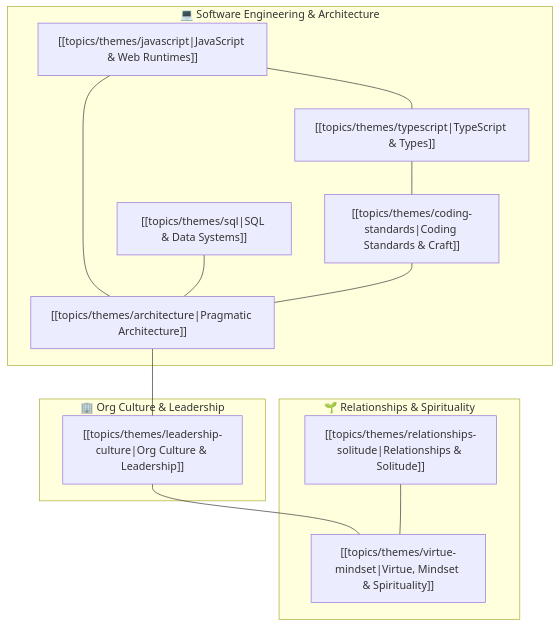
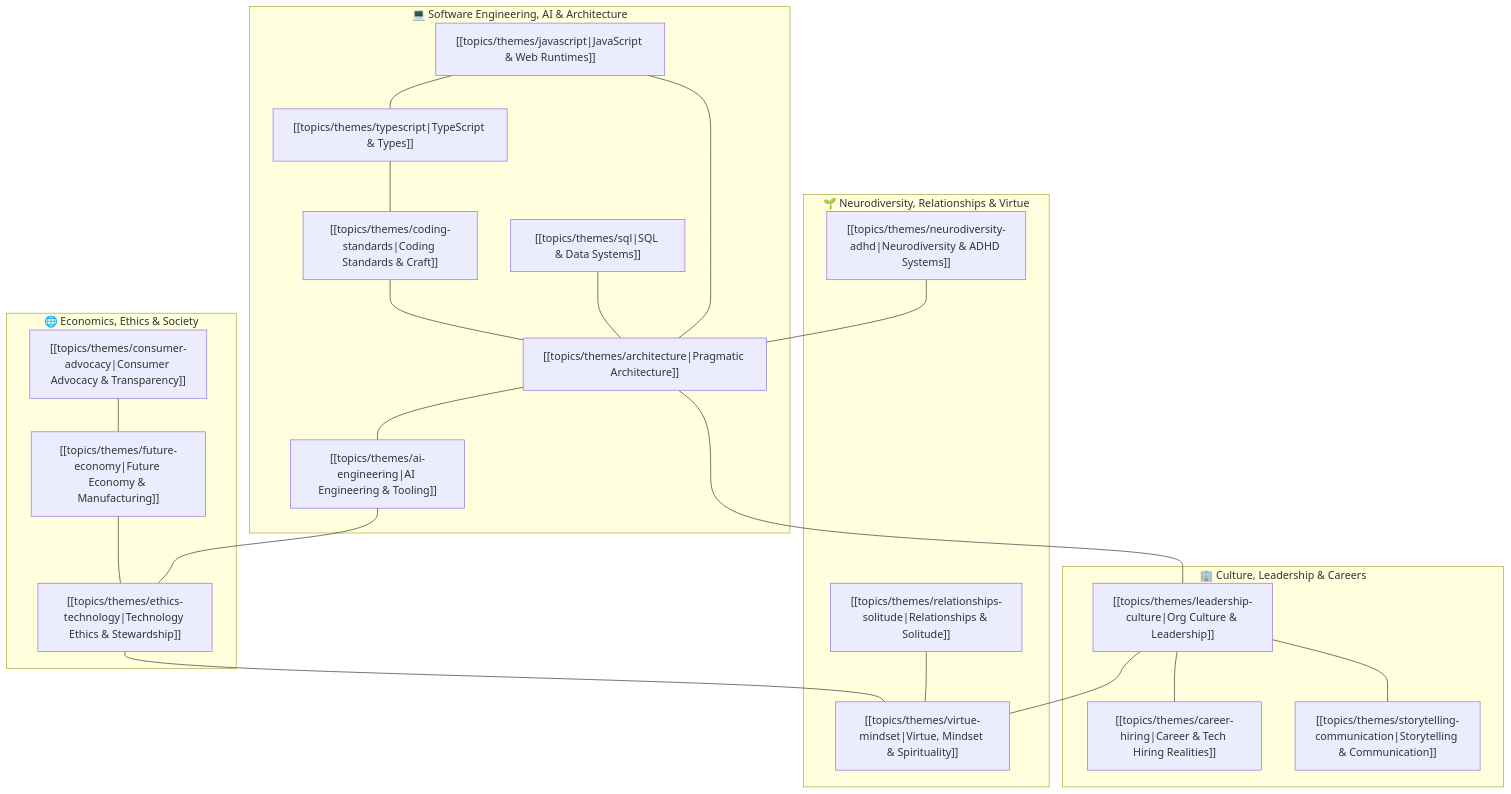
The diagram in topics/themes.md (cstroliadavis/social-media-ideas), drawn with Mermaid before and after one commit. The commit also changed other lines of this file and 102 other files, not shown here.

First line of the commit message:
feat(topics): add 86 topic stubs across 12 series and 7 new themes

````diff
--- a/topics/themes.md
+++ b/topics/themes.md
@@ -20,29 +20,47 @@
 ```mermaid
 graph TB
-    subgraph TECH["💻 Software Engineering & Architecture"]
+    subgraph TECH["💻 Software Engineering, AI & Architecture"]
         JS["[[topics/themes/javascript|JavaScript & Web Runtimes]]"]
         TS["[[topics/themes/typescript|TypeScript & Types]]"]
         SQL["[[topics/themes/sql|SQL & Data Systems]]"]
         STANDARDS["[[topics/themes/coding-standards|Coding Standards & Craft]]"]
         ARCH["[[topics/themes/architecture|Pragmatic Architecture]]"]
+        AIENG["[[topics/themes/ai-engineering|AI Engineering & Tooling]]"]
     end
 
-    subgraph LEAD["🏢 Org Culture & Leadership"]
+    subgraph CAREER["🏢 Culture, Leadership & Careers"]
         CULTURE["[[topics/themes/leadership-culture|Org Culture & Leadership]]"]
+        CAREERNAV["[[topics/themes/career-hiring|Career & Tech Hiring Realities]]"]
+        COMM["[[topics/themes/storytelling-communication|Storytelling & Communication]]"]
     end
 
-    subgraph LIFE["🌱 Relationships & Spirituality"]
+    subgraph SOCIETY["🌐 Economics, Ethics & Society"]
+        CONSUMER["[[topics/themes/consumer-advocacy|Consumer Advocacy & Transparency]]"]
+        ECON["[[topics/themes/future-economy|Future Economy & Manufacturing]]"]
+        ETHICS["[[topics/themes/ethics-technology|Technology Ethics & Stewardship]]"]
+    end
+
+    subgraph MIND["🌱 Neurodiversity, Relationships & Virtue"]
+        ADHD["[[topics/themes/neurodiversity-adhd|Neurodiversity & ADHD Systems]]"]
         REL["[[topics/themes/relationships-solitude|Relationships & Solitude]]"]
         VIRTUE["[[topics/themes/virtue-mindset|Virtue, Mindset & Spirituality]]"]
     end
 
     %% Cross-Theme Connections
     JS --- TS
     TS --- STANDARDS
     JS --- ARCH
     SQL --- ARCH
     STANDARDS --- ARCH
+    ARCH --- AIENG
     ARCH --- CULTURE
+    CULTURE --- CAREERNAV
+    CULTURE --- COMM
+    AIENG --- ETHICS
+    CONSUMER --- ECON
+    ECON --- ETHICS
+    ADHD --- ARCH
     CULTURE --- VIRTUE
     REL --- VIRTUE
+    ETHICS --- VIRTUE
 ```
````
